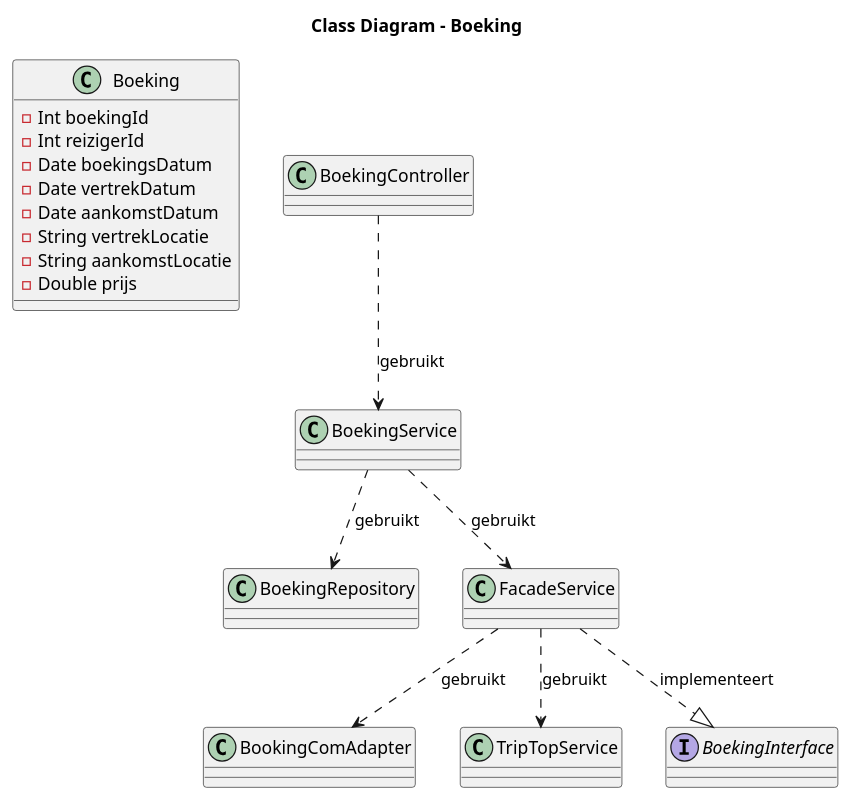
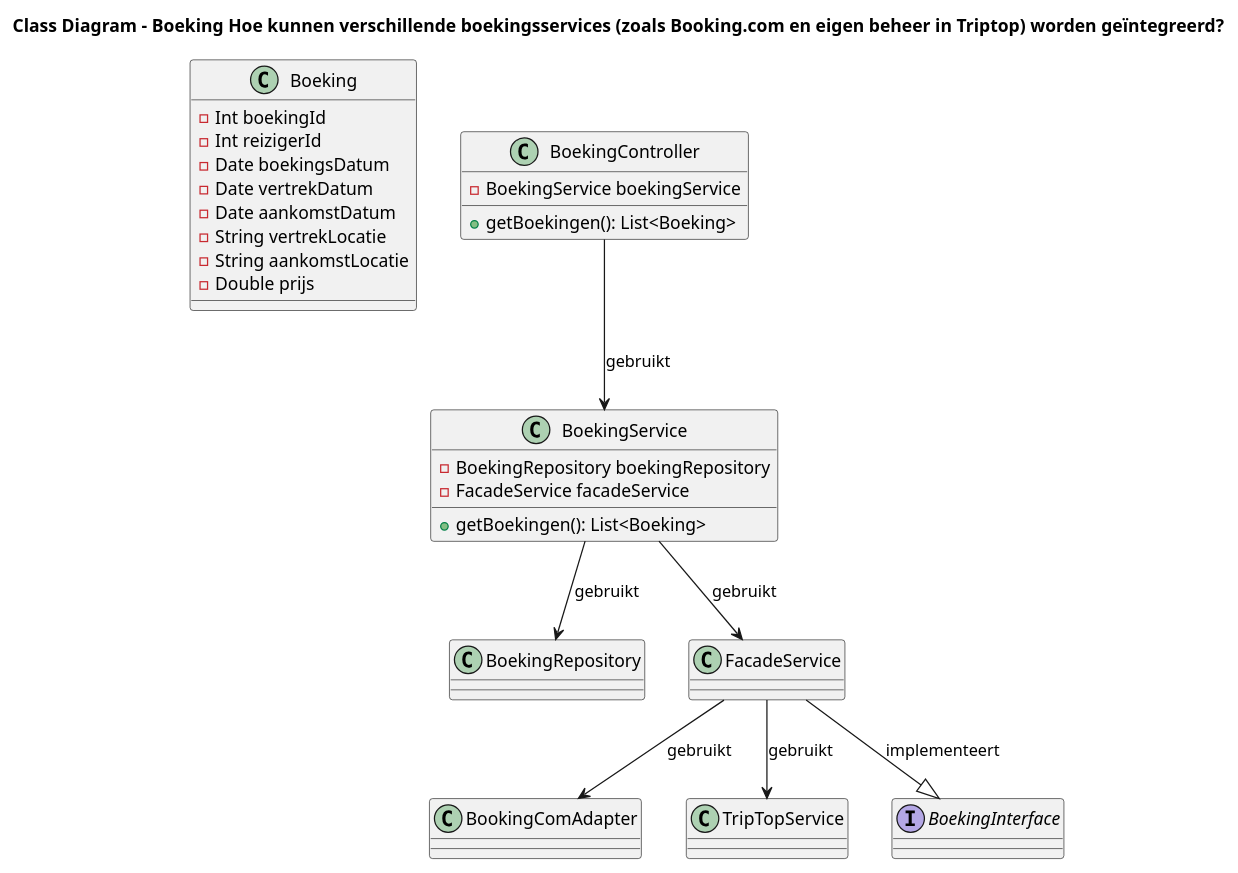
One commit to AIM-ENE-feb25/triptop-asas changed the diagram in class-diagram-sybren/class-diagram.puml. Above: the diagram before and after it, drawn with PlantUML. The commit also changed 2 other files, not shown here.

Commit message:
Added dynamic component diagram

```diff
--- a/class-diagram-sybren/class-diagram.puml
+++ b/class-diagram-sybren/class-diagram.puml
@@ -1,48 +1,52 @@
 @startuml
-title Class Diagram – Boeking
+title Class Diagram – Boeking Hoe kunnen verschillende boekingsservices (zoals Booking.com en eigen beheer in Triptop) worden geïntegreerd?
 
 class Boeking {
     -Int boekingId
-    -Int reizigerId
+    - Int reizigerId
     -Date boekingsDatum
     -Date vertrekDatum
     -Date aankomstDatum
     -String vertrekLocatie
     -String aankomstLocatie
     -Double prijs
 }
 class BoekingController {
-
+    - BoekingService boekingService
+    + getBoekingen(): List<Boeking>
 }
 
 class BoekingService {
+    - BoekingRepository boekingRepository
+    + getBoekingen(): List<Boeking>
+    - FacadeService facadeService
 
 }
 
 class BoekingRepository {}
 
 class FacadeService {
 
 }
 
 class BookingComAdapter {
 
 }
 
 class TripTopService {
 
 }
 
 interface BoekingInterface {}
 
 
-BoekingController ..> BoekingService: "gebruikt"
-BoekingService ..> FacadeService: "gebruikt"
-BoekingService ..> BoekingRepository: "gebruikt"
-FacadeService ..|> BoekingInterface : "implementeert"
-FacadeService  ..> BookingComAdapter : "gebruikt"
-FacadeService ..> TripTopService : "gebruikt"
+BoekingController --> BoekingService: "gebruikt"
+BoekingService --> FacadeService: "gebruikt"
+BoekingService --> BoekingRepository: "gebruikt"
+FacadeService --|> BoekingInterface : "implementeert"
+FacadeService  --> BookingComAdapter : "gebruikt"
+FacadeService --> TripTopService : "gebruikt"
 
 
 
 @enduml
```
